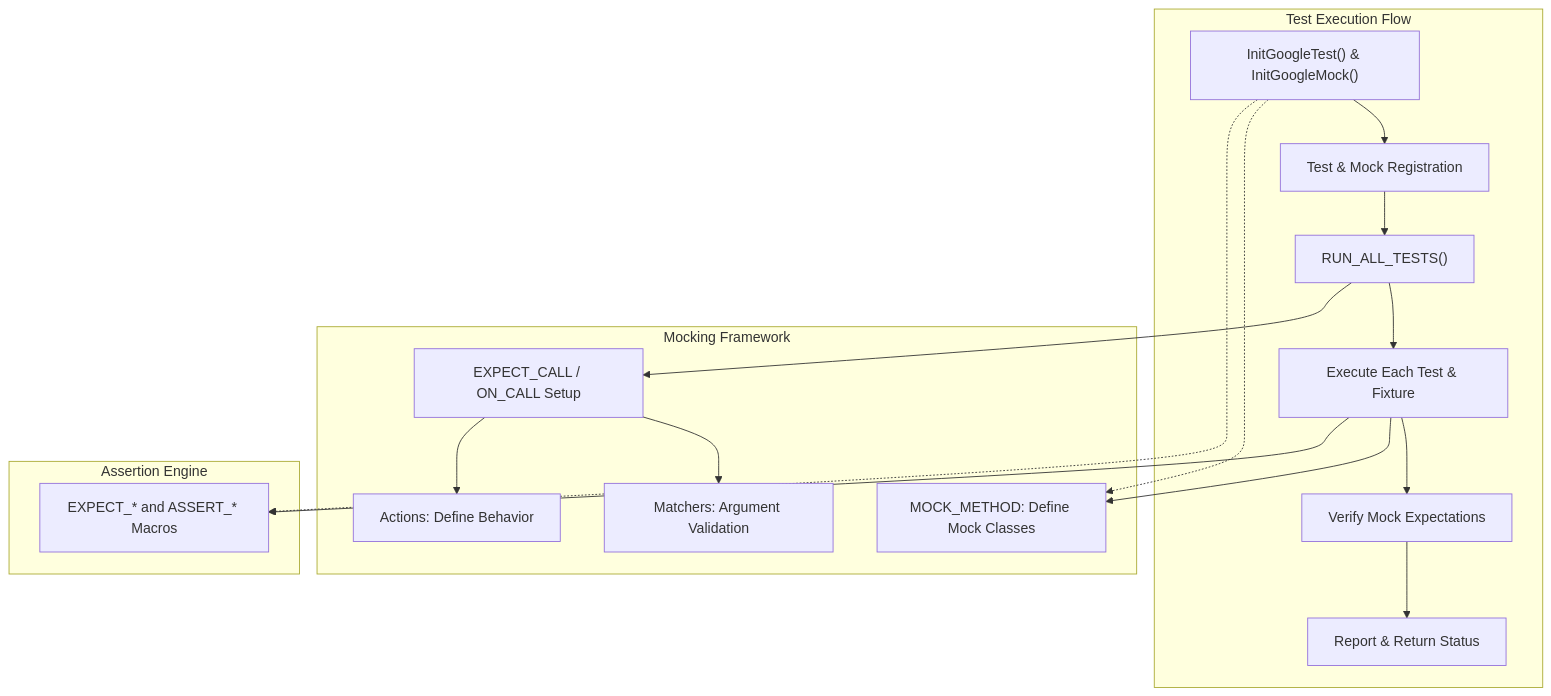
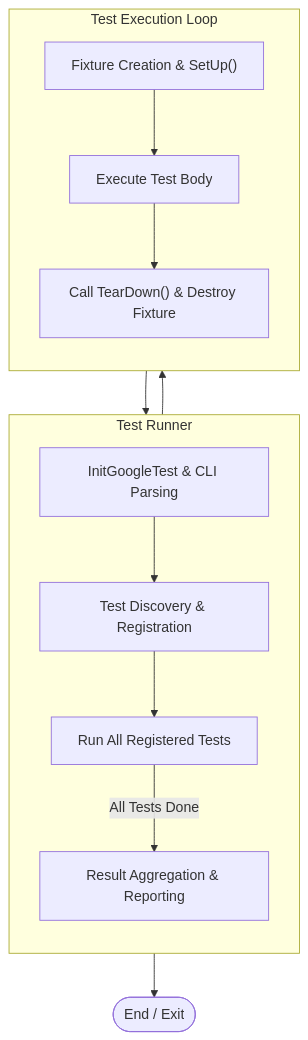
The second of 2 diagrams in concepts/core-architecture/architecture-overview.mdx (clidey/docucod-public-project-869ef7c3-7eff-4ad2-9765-2698303f14d7), drawn with Mermaid before and after one commit. The commit also changed other lines of this file and 54 other files, not shown here.

````diff
--- a/concepts/core-architecture/architecture-overview.mdx
+++ b/concepts/core-architecture/architecture-overview.mdx
@@ -137,30 +153,27 @@
 ```mermaid
 flowchart TD
-  subgraph Test Execution Flow
-    Init["InitGoogleTest() & InitGoogleMock()"] --> Register["Test & Mock Registration"]
-    Register --> RunTests["RUN_ALL_TESTS()"]
-    RunTests --> ExecTest["Execute Each Test & Fixture"]
-    ExecTest --> VerifyMocks["Verify Mock Expectations"]
-    VerifyMocks --> Report["Report & Return Status"]
+  subgraph Runner [Test Runner]
+    direction TB
+    Init["InitGoogleTest & CLI Parsing"]
+    Discover["Test Discovery & Registration"]
+    Execute["Run All Registered Tests"]
+    Report["Result Aggregation & Reporting"]
   end
 
-  subgraph Mocking Framework
-    MockDef["MOCK_METHOD: Define Mock Classes"]
-    Expectation["EXPECT_CALL / ON_CALL Setup"]
-    Matcher["Matchers: Argument Validation"]
-    Action["Actions: Define Behavior"]
-
-    RunTests --> Expectation
-    Expectation --> Matcher
-    Expectation --> Action
-    ExecTest --> MockDef
+  subgraph TestExecution [Test Execution Loop]
+    direction TB
+    Setup["Fixture Creation & SetUp()"]
+    TestBody["Execute Test Body"]
+    TearDown["Call TearDown() & Destroy Fixture"]
   end
 
-  subgraph Assertion Engine
-    Assertion["EXPECT_* and ASSERT_* Macros"]
-    ExecTest --> Assertion
-  end
+  Init --> Discover
+  Discover --> Execute
+  Execute --> Setup
+  Setup --> TestBody
+  TestBody --> TearDown
+  TearDown --> Execute
+  Execute -->|All Tests Done| Report
 
-  Init -.-> MockDef
-  Init -.-> Assertion
+  Report --> End(["End / Exit"])
 ```
````
